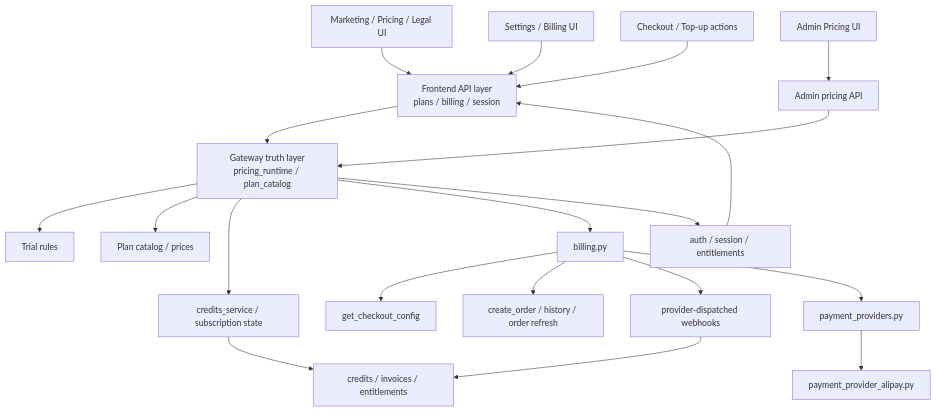
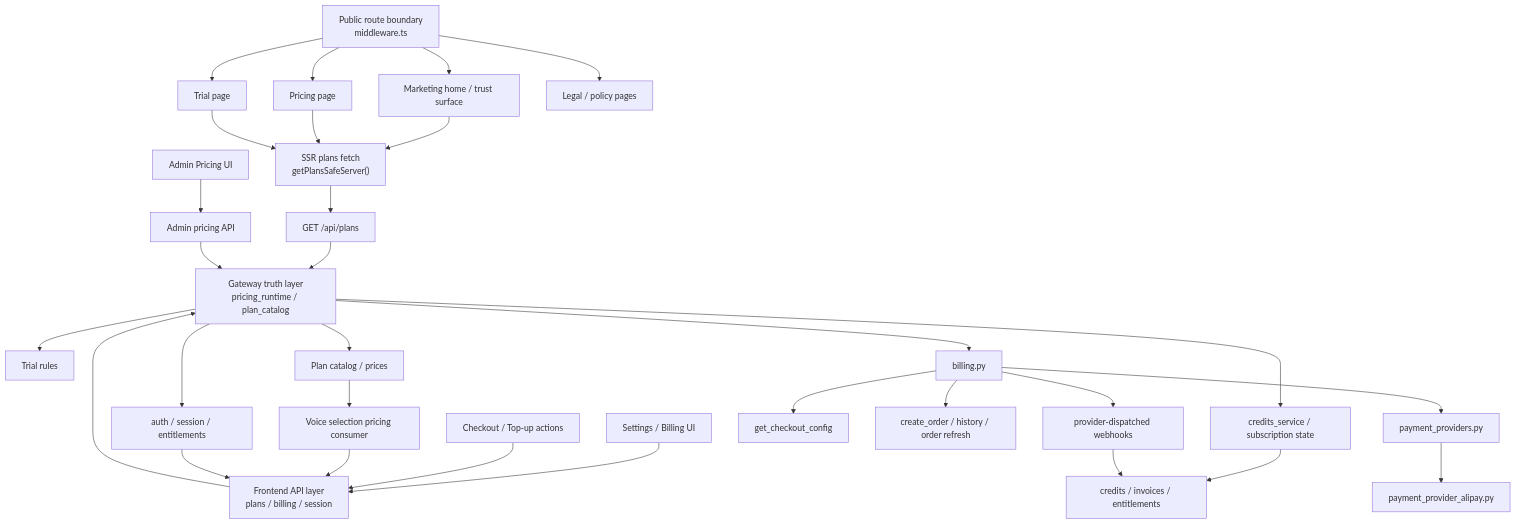
Before and after one commit to sun9bear/AITransVideo: the diagram in docs/graphs/GITNEXUS_COMMERCIALIZATION_GRAPH.md, drawn with Mermaid. The commit also changed other lines of this file and 5 other files, not shown here.

Commit message:
docs(graphs): refresh GitNexus graphs

````diff
--- a/docs/graphs/GITNEXUS_COMMERCIALIZATION_GRAPH.md
+++ b/docs/graphs/GITNEXUS_COMMERCIALIZATION_GRAPH.md
@@ -18,26 +19,38 @@
 ```mermaid
 graph TD
-    Marketing["Marketing / Pricing / Legal UI"] --> FrontAPI
+    PublicRoutes["Public route boundary<br/>middleware.ts"] --> Home["Marketing home / trust surface"]
+    PublicRoutes --> PricingPage["Pricing page"]
+    PublicRoutes --> TrialPage["Trial page"]
+    PublicRoutes --> Legal["Legal / policy pages"]
+
+    Home --> SSRPlans["SSR plans fetch<br/>getPlansSafeServer()"]
+    PricingPage --> SSRPlans
+    TrialPage --> SSRPlans
+    SSRPlans --> PublicPlans["GET /api/plans"]
+    PublicPlans --> GatewayTruth
+
     BillingCenter["Settings / Billing UI"] --> FrontAPI
     Checkout["Checkout / Top-up actions"] --> FrontAPI
+    VoicePricing["Voice selection pricing consumer"] --> FrontAPI
     AdminPricing["Admin Pricing UI"] --> AdminAPI
 
     FrontAPI["Frontend API layer<br/>plans / billing / session"] --> GatewayTruth
     AdminAPI["Admin pricing API"] --> GatewayTruth
 
-    GatewayTruth["Gateway truth layer<br/>pricing_runtime / plan_catalog"] --> Trial["Trial rules"]
+    GatewayTruth["Gateway truth layer<br/>pricing_runtime / plan_catalog"] --> TrialRules["Trial rules"]
     GatewayTruth --> Plans["Plan catalog / prices"]
     GatewayTruth --> Credits["credits_service / subscription state"]
     GatewayTruth --> Billing["billing.py"]
     GatewayTruth --> Session["auth / session / entitlements"]
 
     Billing --> ProviderConfig["get_checkout_config"]
     Billing --> Orders["create_order / history / order refresh"]
     Billing --> Webhooks["provider-dispatched webhooks"]
     Billing --> Providers["payment_providers.py"]
     Providers --> Alipay["payment_provider_alipay.py"]
 
+    Plans --> VoicePricing
     Credits --> Ledger["credits / invoices / entitlements"]
     Webhooks --> Ledger
     Session --> FrontAPI
 ```
````
